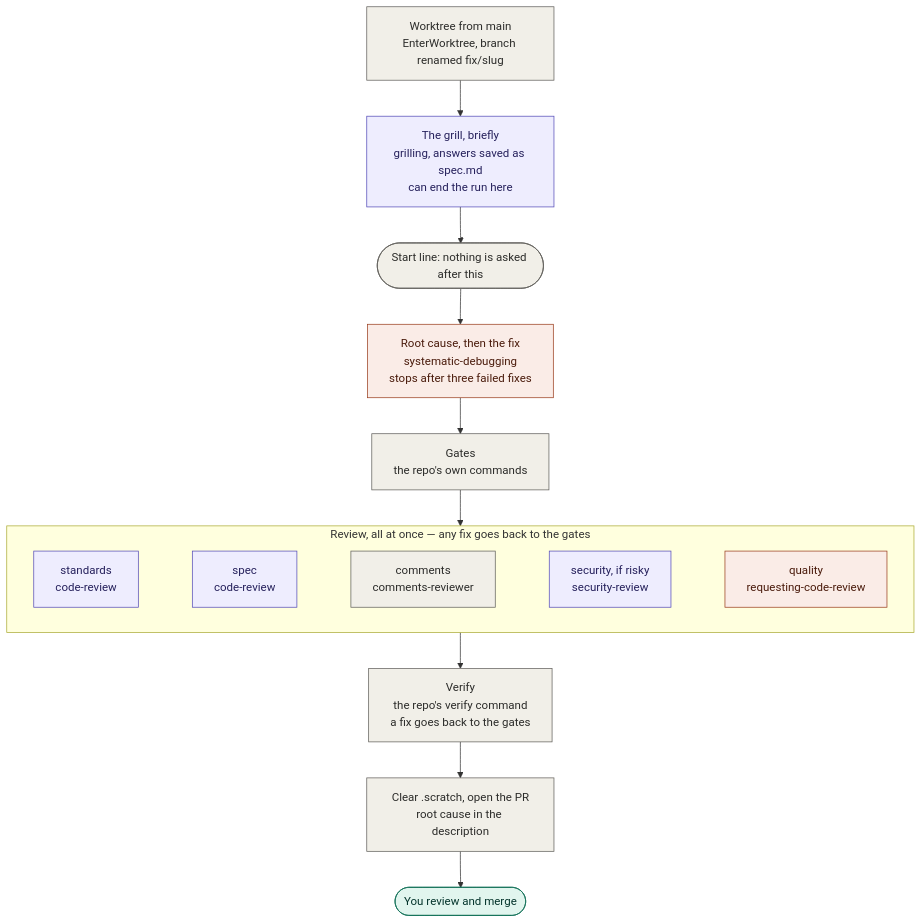
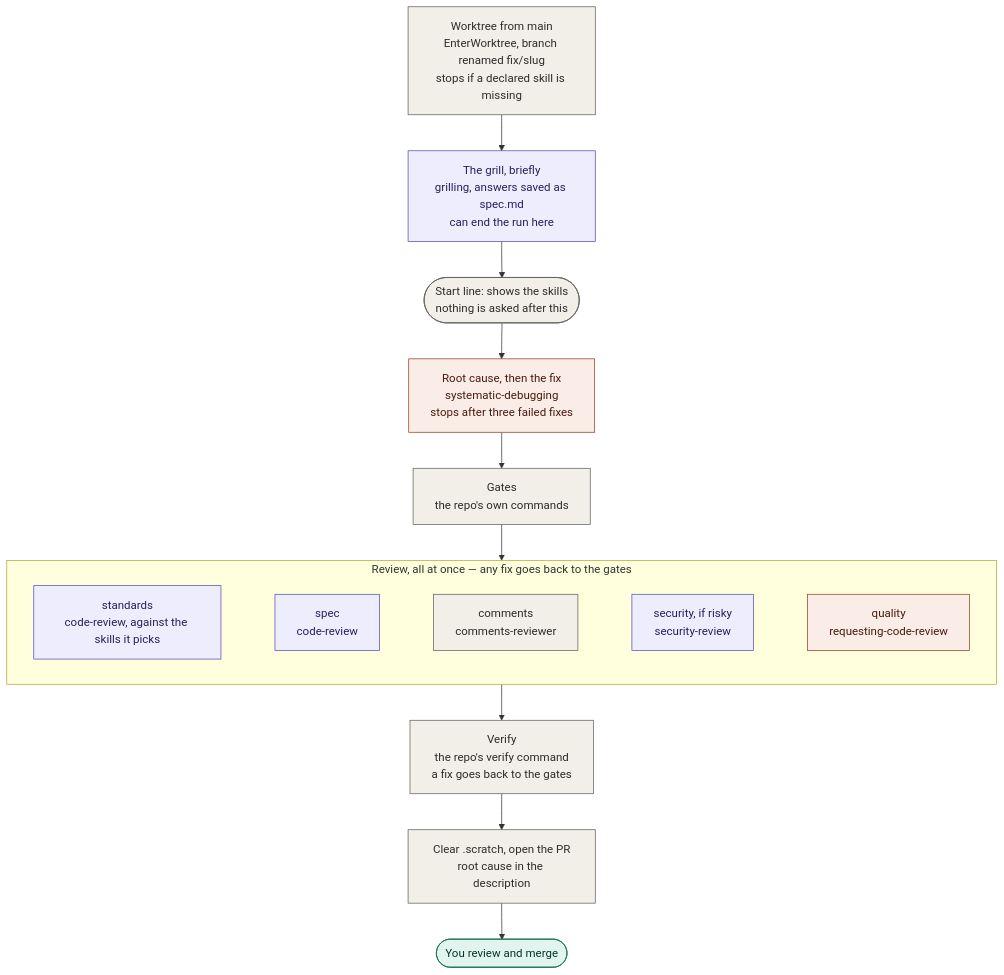
Before and after one commit to junayed711/temper: the second of 6 diagrams in README.md, drawn with Mermaid. The commit also changed other lines of this file, not shown here.

Commit message:
show skill routing in the readme workflow diagrams

````diff
--- a/README.md
+++ b/README.md
@@ -393,29 +393,29 @@
 ```mermaid
 flowchart TD
-    wt["Worktree from main<br/>EnterWorktree, branch renamed fix/slug"]:::temper
+    wt["Worktree from main<br/>EnterWorktree, branch renamed fix/slug<br/>stops if a declared skill is missing"]:::temper
     grill["The grill, briefly<br/>grilling, answers saved as spec.md<br/>can end the run here"]:::matt
-    go(["Start line: nothing is asked after this"]):::temper
+    go(["Start line: shows the skills<br/>nothing is asked after this"]):::temper
     debug["Root cause, then the fix<br/>systematic-debugging<br/>stops after three failed fixes"]:::sp
     gates["Gates<br/>the repo's own commands"]:::temper
 
     subgraph panel["Review, all at once — any fix goes back to the gates"]
         direction LR
-        r1["standards<br/>code-review"]:::matt
+        r1["standards<br/>code-review, against the skills it picks"]:::matt
         r2["spec<br/>code-review"]:::matt
         r3["comments<br/>comments-reviewer"]:::temper
         r4["security, if risky<br/>security-review"]:::matt
         r5["quality<br/>requesting-code-review"]:::sp
         r1 ~~~ r2 ~~~ r3 ~~~ r4 ~~~ r5
     end
 
     verify["Verify<br/>the repo's verify command<br/>a fix goes back to the gates"]:::temper
     pr["Clear .scratch, open the PR<br/>root cause in the description"]:::temper
     merge(["You review and merge"]):::you
 
     wt --> grill --> go --> debug --> gates --> panel --> verify --> pr --> merge
 
     classDef matt fill:#EEEDFE,stroke:#534AB7,color:#26215C
     classDef sp fill:#FAECE7,stroke:#993C1D,color:#4A1B0C
     classDef you fill:#E1F5EE,stroke:#0F6E56,color:#04342C
     classDef temper fill:#F1EFE8,stroke:#5F5E5A,color:#2C2C2A
 ```
````
